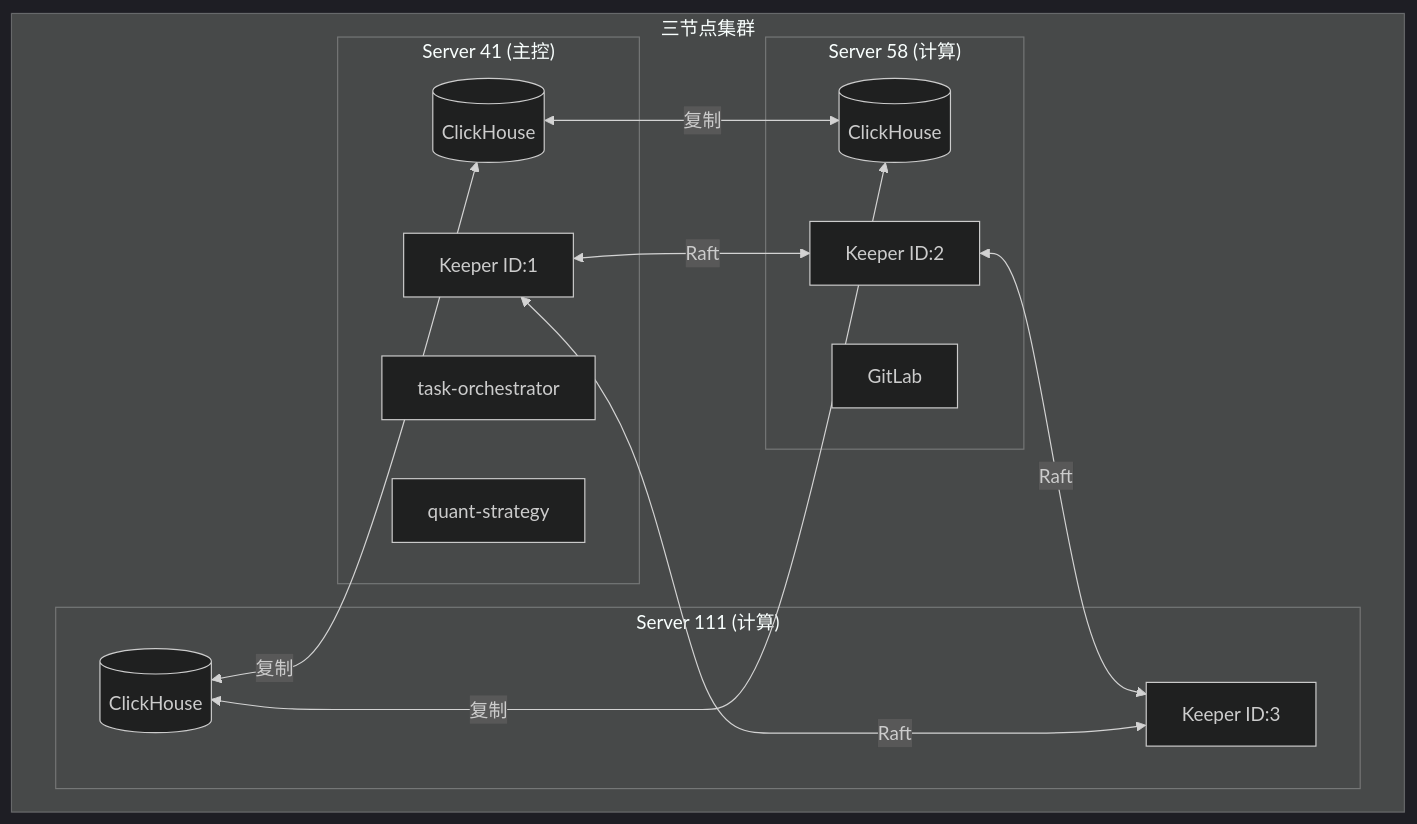
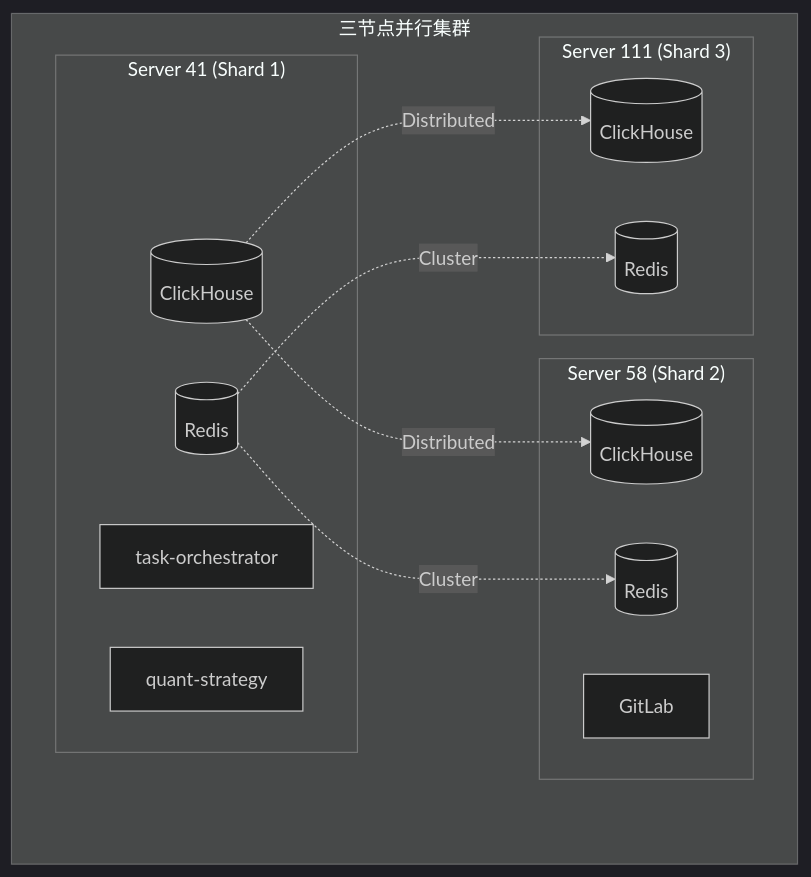
The diagram in docs/architecture/infrastructure/THREE_NODE_ARCHITECTURE.md (bxgh/microservice-stock-ck), drawn with Mermaid (dark theme) before and after one commit. The commit also changed other lines of this file and 1 other file, not shown here.

First line of the commit message:
docs(arch): ensure full consistency with v3.0 architecture

````diff
--- a/docs/architecture/infrastructure/THREE_NODE_ARCHITECTURE.md
+++ b/docs/architecture/infrastructure/THREE_NODE_ARCHITECTURE.md
@@ -12,30 +12,28 @@
 ```mermaid
 graph TB
-    subgraph Cluster["三节点集群"]
-        subgraph S41["Server 41 (主控)"]
+    subgraph Cluster["三节点并行集群"]
+        subgraph S41["Server 41 (Shard 1)"]
             CH41[(ClickHouse)]
-            K41[Keeper ID:1]
+            R41[(Redis)]
             TO[task-orchestrator]
             QS[quant-strategy]
         end
         
-        subgraph S58["Server 58 (计算)"]
+        subgraph S58["Server 58 (Shard 2)"]
             CH58[(ClickHouse)]
-            K58[Keeper ID:2]
+            R58[(Redis)]
             GL[GitLab]
         end
         
-        subgraph S111["Server 111 (计算)"]
+        subgraph S111["Server 111 (Shard 3)"]
             CH111[(ClickHouse)]
-            K111[Keeper ID:3]
+            R111[(Redis)]
         end
     end
     
-    CH41 <-->|复制| CH58
-    CH58 <-->|复制| CH111
-    CH111 <-->|复制| CH41
+    CH41 -.->|Distributed| CH58
+    CH41 -.->|Distributed| CH111
     
-    K41 <-->|Raft| K58
-    K58 <-->|Raft| K111
-    K111 <-->|Raft| K41
+    R41 -.->|Cluster| R58
+    R41 -.->|Cluster| R111
 ```
````
